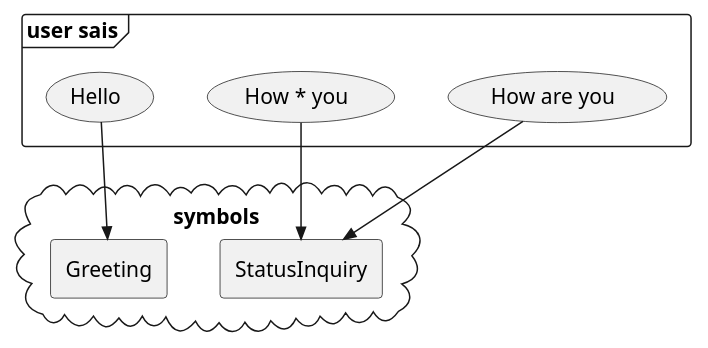
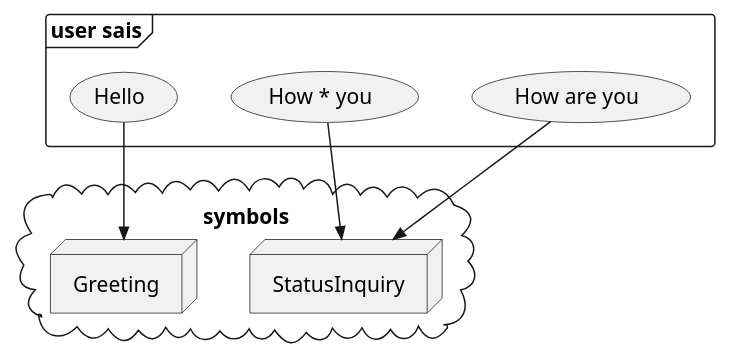
One commit to jappeace/methods-homework changed diagram 24 of 25 in thesis/thesis.org. Above: the diagram before and after it, drawn with PlantUML. The commit also changed other lines of this file and 1 other file, not shown here.

```diff
--- a/thesis/thesis.org
+++ b/thesis/thesis.org
@@ -3955,16 +3980,16 @@
 #+BEGIN_SRC plantuml :cache yes :file img/uml/dep:aimlsyms.png :exports results
 frame "user sais"{
   usecase "How are you" as how
   usecase "How * you" as howstar
   usecase Hello
 }
 
 cloud "symbols"{
-  rectangle Greeting
-  rectangle StatusInquiry
+  node Greeting
+  node StatusInquiry
 }
 
 how -->> StatusInquiry
 howstar -->> StatusInquiry
 Hello -->> Greeting
 #+END_SRC
```
